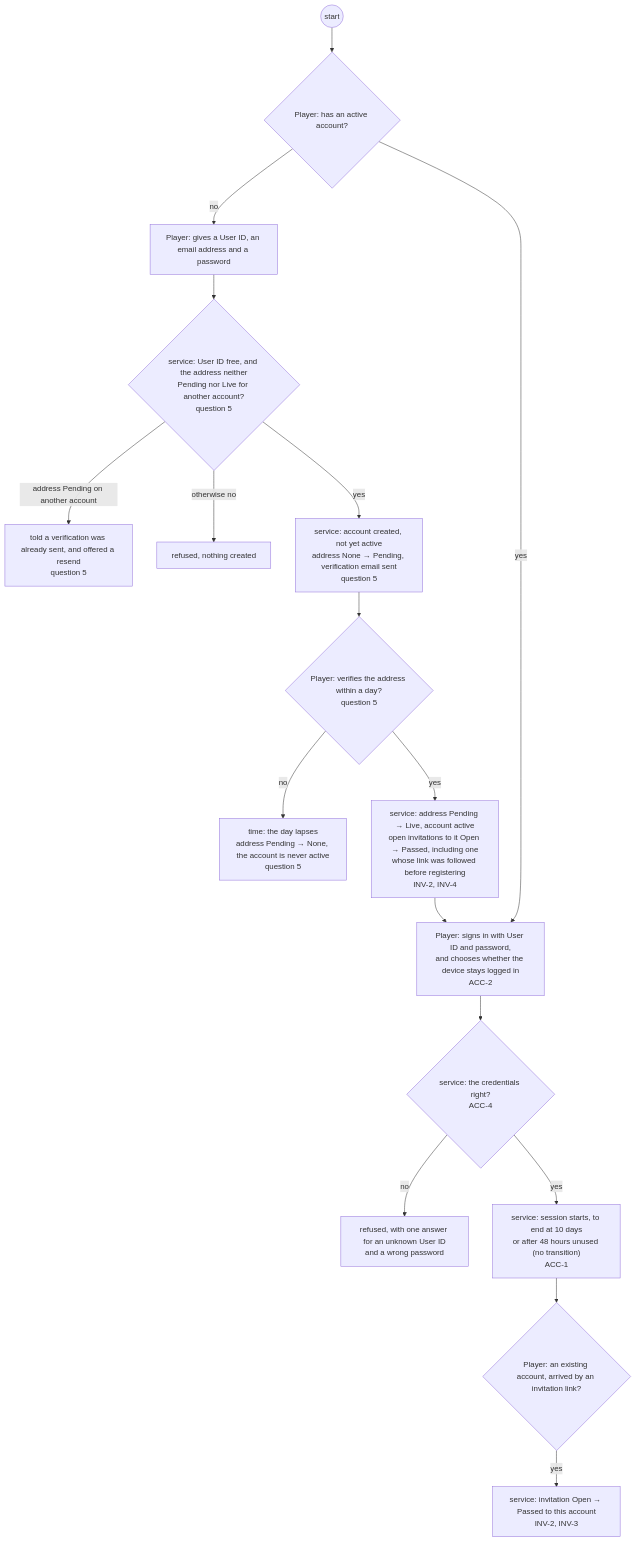
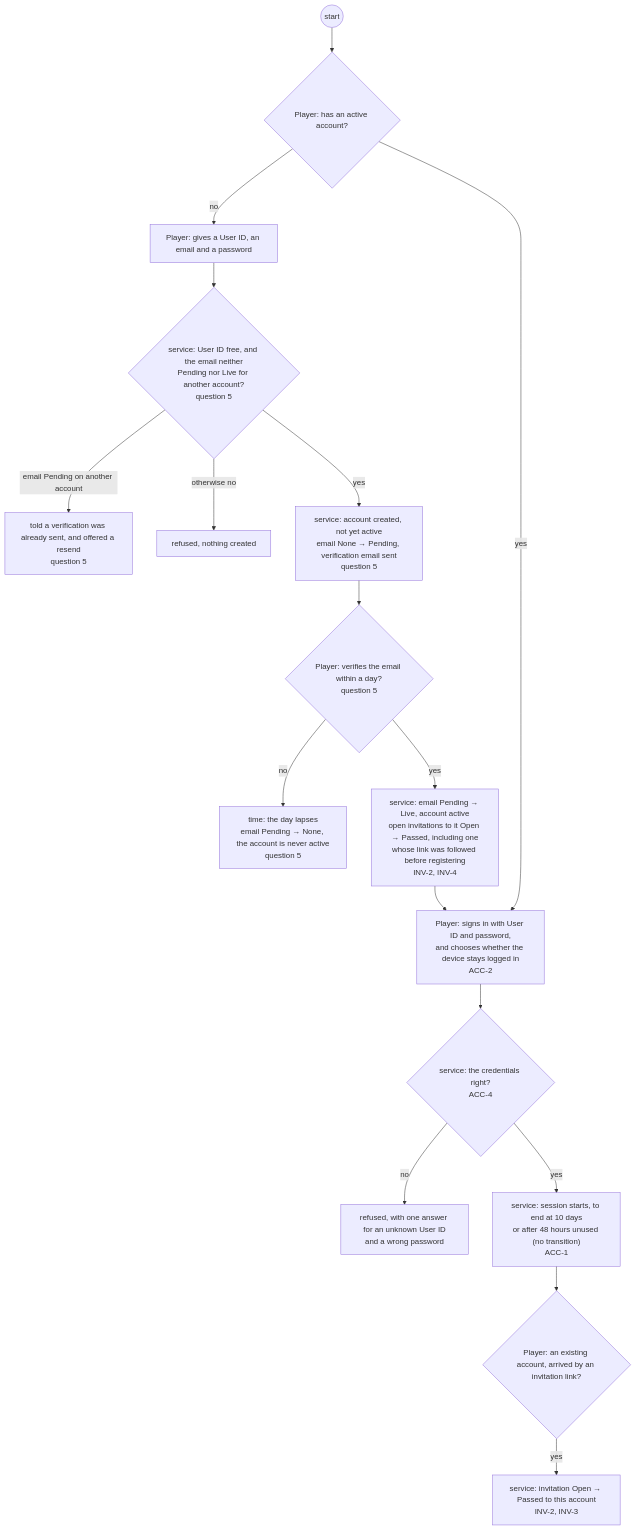
One commit to delphside/programme changed the third of 29 diagrams in docs/changes/workstreams/application-game-architecture/71-one-game-model/71-functional.md. Above: the diagram before and after it, drawn with Mermaid. The commit also changed other lines of this file, not shown here.

First line of the commit message:
app 0.9.2 api 2.16: 71: "email" rather than "address" or "email address"

````diff
--- a/docs/changes/workstreams/application-game-architecture/71-one-game-model/71-functional.md
+++ b/docs/changes/workstreams/application-game-architecture/71-one-game-model/71-functional.md
@@ -102,19 +102,19 @@
 ```mermaid
 flowchart TD
   s0((start)) --> d0{"Player: has an active account?"}
-  d0 -- no --> p1["Player: gives a User ID, an email address and a password"]
-  p1 --> v2{"service: User ID free, and the address neither<br/>Pending nor Live for another account?<br/>question 5"}
-  v2 -- "address Pending on another account" --> r4["told a verification was already sent, and offered a resend<br/>question 5"]
+  d0 -- no --> p1["Player: gives a User ID, an email and a password"]
+  p1 --> v2{"service: User ID free, and the email neither<br/>Pending nor Live for another account?<br/>question 5"}
+  v2 -- "email Pending on another account" --> r4["told a verification was already sent, and offered a resend<br/>question 5"]
   v2 -- "otherwise no" --> r2["refused, nothing created"]
-  v2 -- yes --> t1["service: account created, not yet active<br/>address None → Pending, verification email sent<br/>question 5"]
-  t1 --> d1{"Player: verifies the address within a day?<br/>question 5"}
-  d1 -- no --> t2["time: the day lapses<br/>address Pending → None, the account is never active<br/>question 5"]
-  d1 -- yes --> t3["service: address Pending → Live, account active<br/>open invitations to it Open → Passed, including one<br/>whose link was followed before registering<br/>INV-2, INV-4"]
+  v2 -- yes --> t1["service: account created, not yet active<br/>email None → Pending, verification email sent<br/>question 5"]
+  t1 --> d1{"Player: verifies the email within a day?<br/>question 5"}
+  d1 -- no --> t2["time: the day lapses<br/>email Pending → None, the account is never active<br/>question 5"]
+  d1 -- yes --> t3["service: email Pending → Live, account active<br/>open invitations to it Open → Passed, including one<br/>whose link was followed before registering<br/>INV-2, INV-4"]
   d0 -- yes --> p2["Player: signs in with User ID and password,<br/>and chooses whether the device stays logged in<br/>ACC-2"]
   t3 --> p2
   p2 --> v3{"service: the credentials right?<br/>ACC-4"}
   v3 -- no --> r3["refused, with one answer for an unknown User ID<br/>and a wrong password"]
   v3 -- yes --> t4["service: session starts, to end at 10 days<br/>or after 48 hours unused (no transition)<br/>ACC-1"]
   t4 --> d2{"Player: an existing account, arrived by an invitation link?"}
   d2 -- yes --> t5["service: invitation Open → Passed to this account<br/>INV-2, INV-3"]
 ```
````
